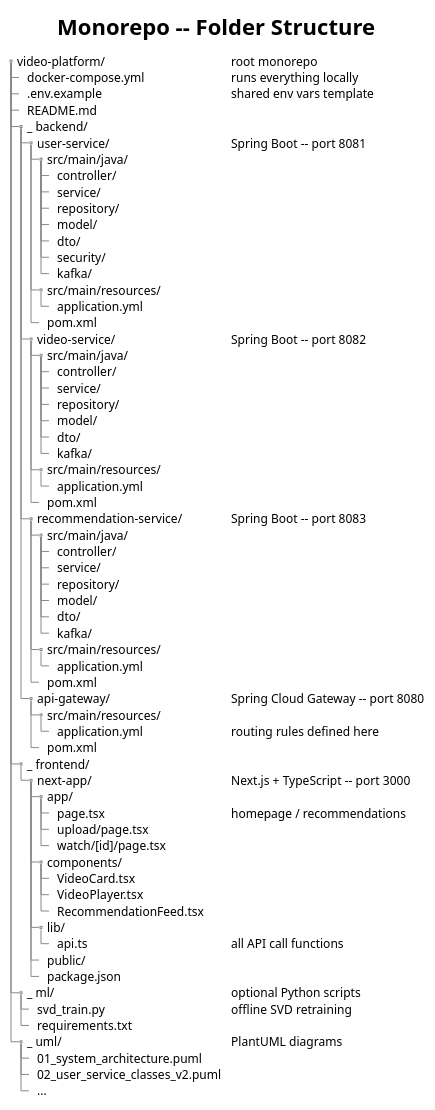
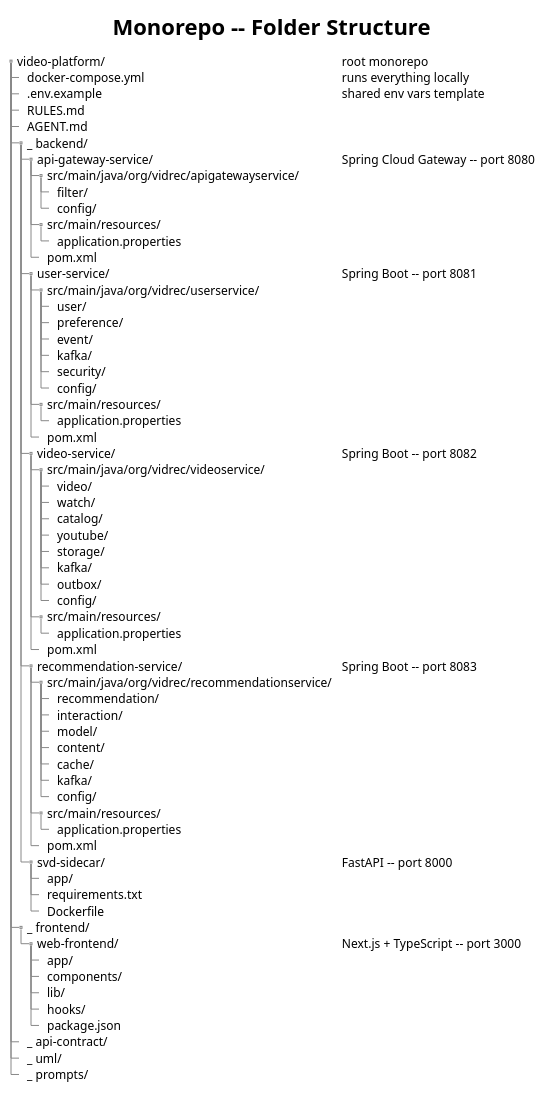
One commit to AmnsAmr/recommendation_sys changed the diagram in uml/09_folder_structure.puml. Above: the diagram before and after it, drawn with PlantUML. The commit also changed 7 other files, not shown here.

```diff
--- a/uml/09_folder_structure.puml
+++ b/uml/09_folder_structure.puml
@@ -1,77 +1,76 @@
 @startuml Monorepo Folder Structure
 !theme plain
 skinparam backgroundColor #FFFFFF
 skinparam defaultFontName Arial
 
 title Monorepo -- Folder Structure
 
 salt
 {
   {T
     + video-platform/                   | root monorepo
     ++ docker-compose.yml               | runs everything locally
     ++ .env.example                     | shared env vars template
-    ++ README.md
+    ++ RULES.md
+    ++ AGENT.md
     ++_ backend/
+    +++ api-gateway-service/            | Spring Cloud Gateway -- port 8080
+    ++++ src/main/java/org/vidrec/apigatewayservice/
+    +++++ filter/
+    +++++ config/
+    ++++ src/main/resources/
+    +++++ application.properties
+    ++++ pom.xml
     +++ user-service/                   | Spring Boot -- port 8081
-    ++++ src/main/java/
-    +++++ controller/
-    +++++ service/
-    +++++ repository/
-    +++++ model/
-    +++++ dto/
+    ++++ src/main/java/org/vidrec/userservice/
+    +++++ user/
+    +++++ preference/
+    +++++ event/
+    +++++ kafka/
     +++++ security/
-    +++++ kafka/
+    +++++ config/
     ++++ src/main/resources/
-    +++++ application.yml
+    +++++ application.properties
     ++++ pom.xml
     +++ video-service/                  | Spring Boot -- port 8082
-    ++++ src/main/java/
-    +++++ controller/
-    +++++ service/
-    +++++ repository/
-    +++++ model/
-    +++++ dto/
+    ++++ src/main/java/org/vidrec/videoservice/
+    +++++ video/
+    +++++ watch/
+    +++++ catalog/
+    +++++ youtube/
+    +++++ storage/
     +++++ kafka/
+    +++++ outbox/
+    +++++ config/
     ++++ src/main/resources/
-    +++++ application.yml
+    +++++ application.properties
     ++++ pom.xml
     +++ recommendation-service/         | Spring Boot -- port 8083
-    ++++ src/main/java/
-    +++++ controller/
-    +++++ service/
-    +++++ repository/
+    ++++ src/main/java/org/vidrec/recommendationservice/
+    +++++ recommendation/
+    +++++ interaction/
     +++++ model/
-    +++++ dto/
+    +++++ content/
+    +++++ cache/
     +++++ kafka/
+    +++++ config/
     ++++ src/main/resources/
-    +++++ application.yml
+    +++++ application.properties
     ++++ pom.xml
-    +++ api-gateway/                    | Spring Cloud Gateway -- port 8080
-    ++++ src/main/resources/
-    +++++ application.yml               | routing rules defined here
-    ++++ pom.xml
+    +++ svd-sidecar/                    | FastAPI -- port 8000
+    ++++ app/
+    ++++ requirements.txt
+    ++++ Dockerfile
     ++_ frontend/
-    +++ next-app/                       | Next.js + TypeScript -- port 3000
+    +++ web-frontend/                   | Next.js + TypeScript -- port 3000
     ++++ app/
-    +++++ page.tsx                      | homepage / recommendations
-    +++++ upload/page.tsx
-    +++++ watch/[id]/page.tsx
     ++++ components/
-    +++++ VideoCard.tsx
-    +++++ VideoPlayer.tsx
-    +++++ RecommendationFeed.tsx
     ++++ lib/
-    +++++ api.ts                        | all API call functions
-    ++++ public/
+    ++++ hooks/
     ++++ package.json
-    ++_ ml/                             | optional Python scripts
-    +++ svd_train.py                    | offline SVD retraining
-    +++ requirements.txt
-    ++_ uml/                            | PlantUML diagrams
-    +++ 01_system_architecture.puml
-    +++ 02_user_service_classes_v2.puml
-    +++ ...
+    ++_ api-contract/
+    ++_ uml/
+    ++_ prompts/
   }
 }
 @enduml
```
